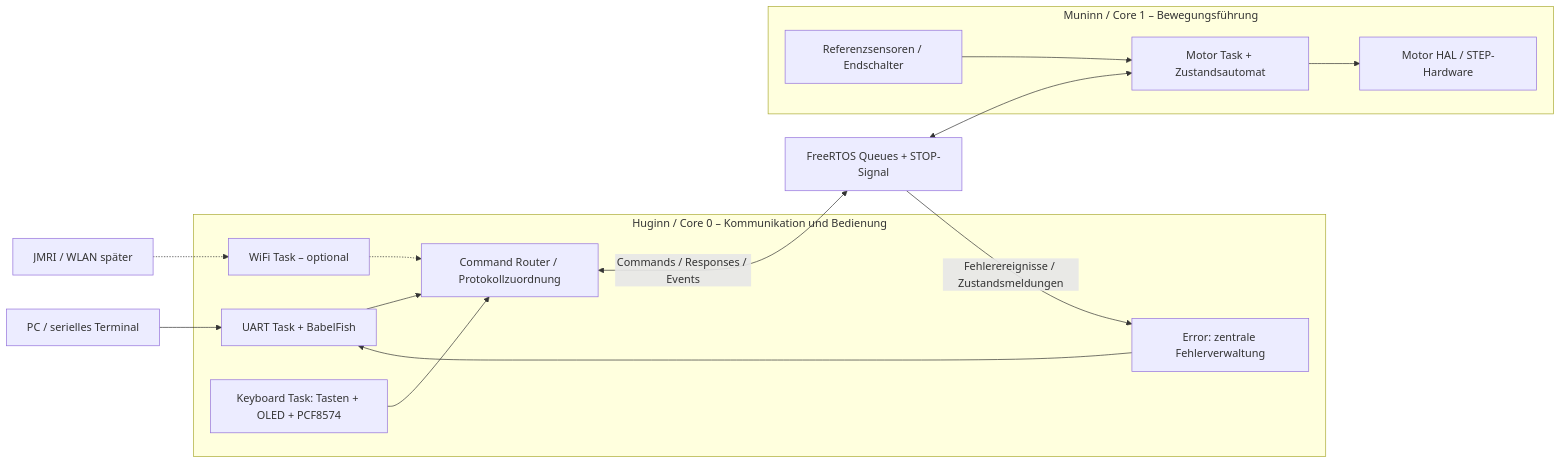
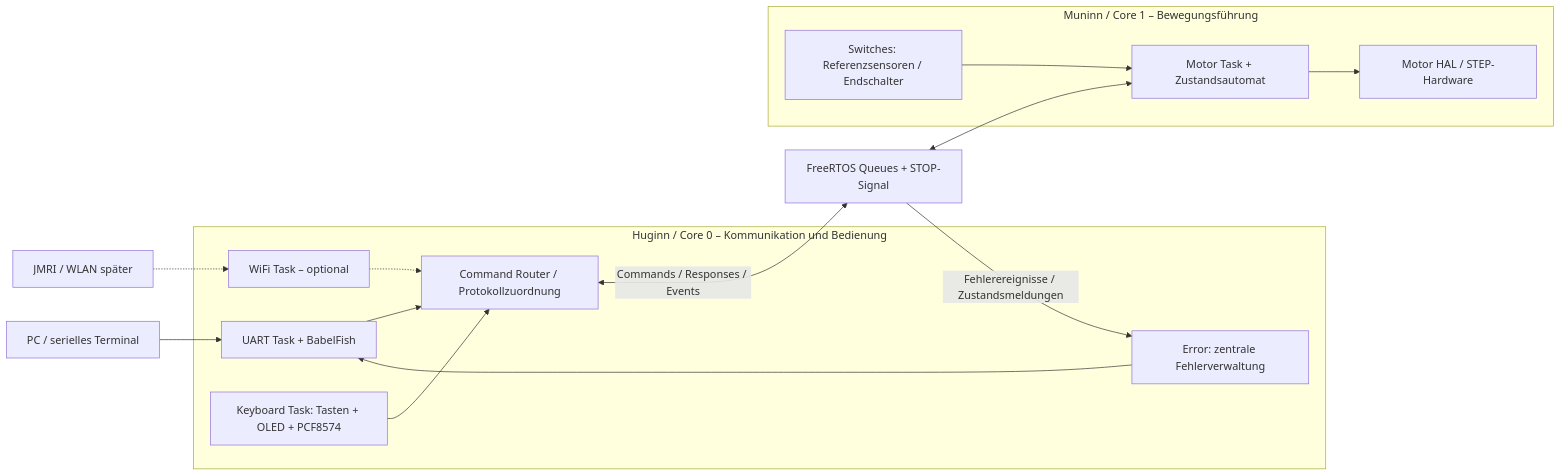
One commit to ErikaB-sys/Fiddle_yard_UVB changed the first of 3 diagrams in FY_ESP32_Bringup/docs/SYSTEM_ARCHITECTURE.md. Above: the diagram before and after it, drawn with Mermaid. The commit also changed other lines of this file, not shown here.

Commit message:
docs(esp32): show Muninn Switches fast path and Huginn snapshot path (#162)

````diff
--- a/FY_ESP32_Bringup/docs/SYSTEM_ARCHITECTURE.md
+++ b/FY_ESP32_Bringup/docs/SYSTEM_ARCHITECTURE.md
@@ -22,26 +22,26 @@
 ```mermaid
 flowchart LR
     P[PC / serielles Terminal] --> U
     N[JMRI / WLAN später] -.-> W
     subgraph C0["Huginn / Core 0 – Kommunikation und Bedienung"]
         U["UART Task + BabelFish"]
         W["WiFi Task – optional"]
         K["Keyboard Task: Tasten + OLED + PCF8574"]
         R["Command Router / Protokollzuordnung"]
         E["Error: zentrale Fehlerverwaltung"]
         E --> U
         U --> R
         W -.-> R
         K --> R
     end
     R <-->|"Commands / Responses / Events"| Q["FreeRTOS Queues + STOP-Signal"]
     subgraph C1["Muninn / Core 1 – Bewegungsführung"]
         M["Motor Task + Zustandsautomat"]
         H["Motor HAL / STEP-Hardware"]
-        S["Referenzsensoren / Endschalter"]
+        S["Switches: Referenzsensoren / Endschalter"]
         M --> H
         S --> M
     end
     Q <--> M
     Q -->|"Fehlerereignisse / Zustandsmeldungen"| E
 ```
````
